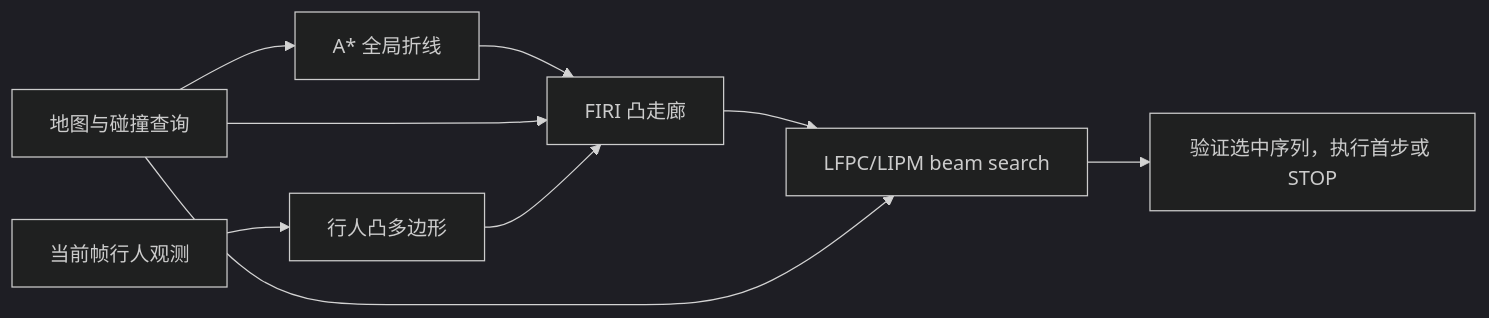
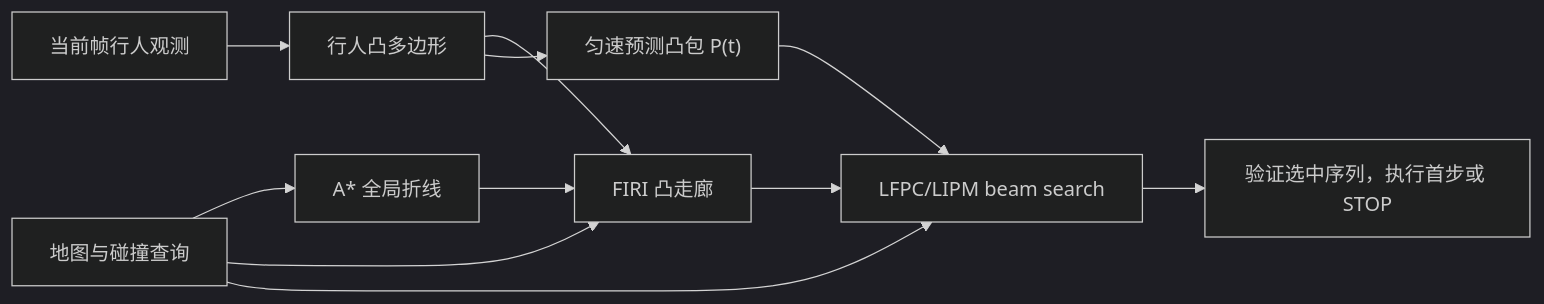
One commit to xcg124110023416/cane_planner changed the diagram in README.md. Above: the diagram before and after it, drawn with Mermaid (dark theme). The commit also changed other lines of this file and 23 other files, not shown here.

````diff
--- a/README.md
+++ b/README.md
@@ -26,11 +26,13 @@
 ```mermaid
 flowchart LR
     MAP["地图与碰撞查询"] --> ASTAR["A* 全局折线"]
     ASTAR --> FIRI["FIRI 凸走廊"]
     MAP --> FIRI
     PED["当前帧行人观测"] --> HULL["行人凸多边形"]
     HULL --> FIRI
+    HULL --> CV["匀速预测凸包 P(t)"]
+    CV --> BEAM
     FIRI --> BEAM["LFPC/LIPM beam search"]
     MAP --> BEAM
     BEAM --> EXEC["验证选中序列，执行首步或 STOP"]
 ```
````
